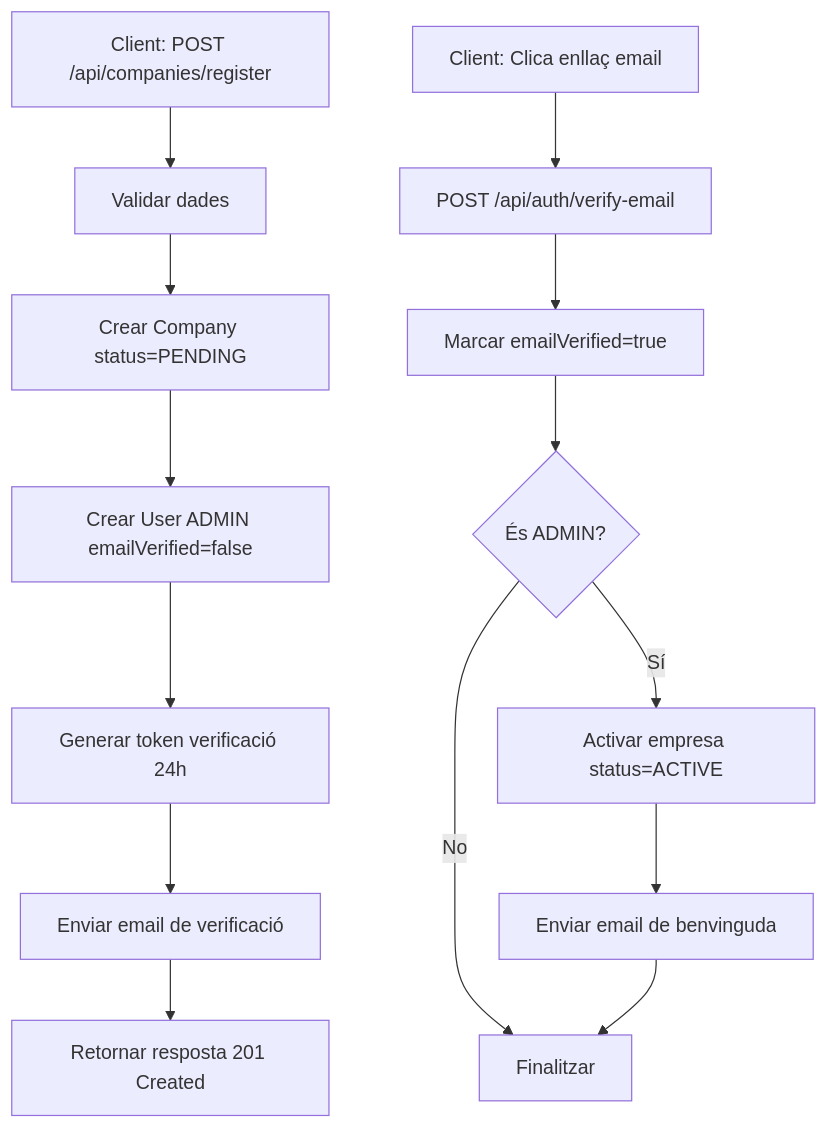
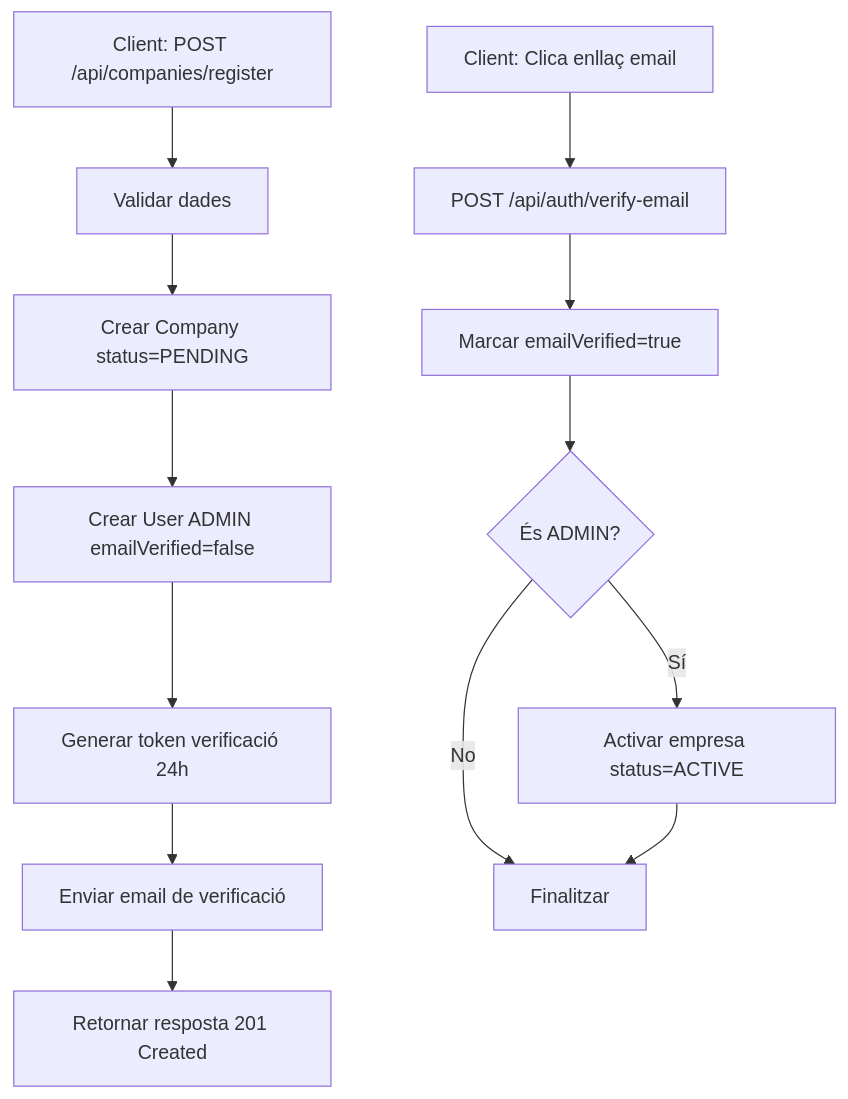
The diagram in abasta-api/readme.md (abastaplatform/abasta), drawn with Mermaid before and after one commit. The commit also changed other lines of this file, not shown here.

````diff
--- a/abasta-api/readme.md
+++ b/abasta-api/readme.md
@@ -248,17 +245,16 @@
 ```mermaid
 graph TD
     A[Client: POST /api/companies/register] --> B[Validar dades]
     B --> C[Crear Company status=PENDING]
     C --> D[Crear User ADMIN emailVerified=false]
     D --> E[Generar token verificació 24h]
     E --> F[Enviar email de verificació]
     F --> G[Retornar resposta 201 Created]
     
     H[Client: Clica enllaç email] --> I[POST /api/auth/verify-email]
     I --> J[Marcar emailVerified=true]
     J --> K{És ADMIN?}
     K -->|Sí| L[Activar empresa status=ACTIVE]
     K -->|No| M[Finalitzar]
-    L --> N[Enviar email de benvinguda]
-    N --> M
+    L --> M
 ```
````
